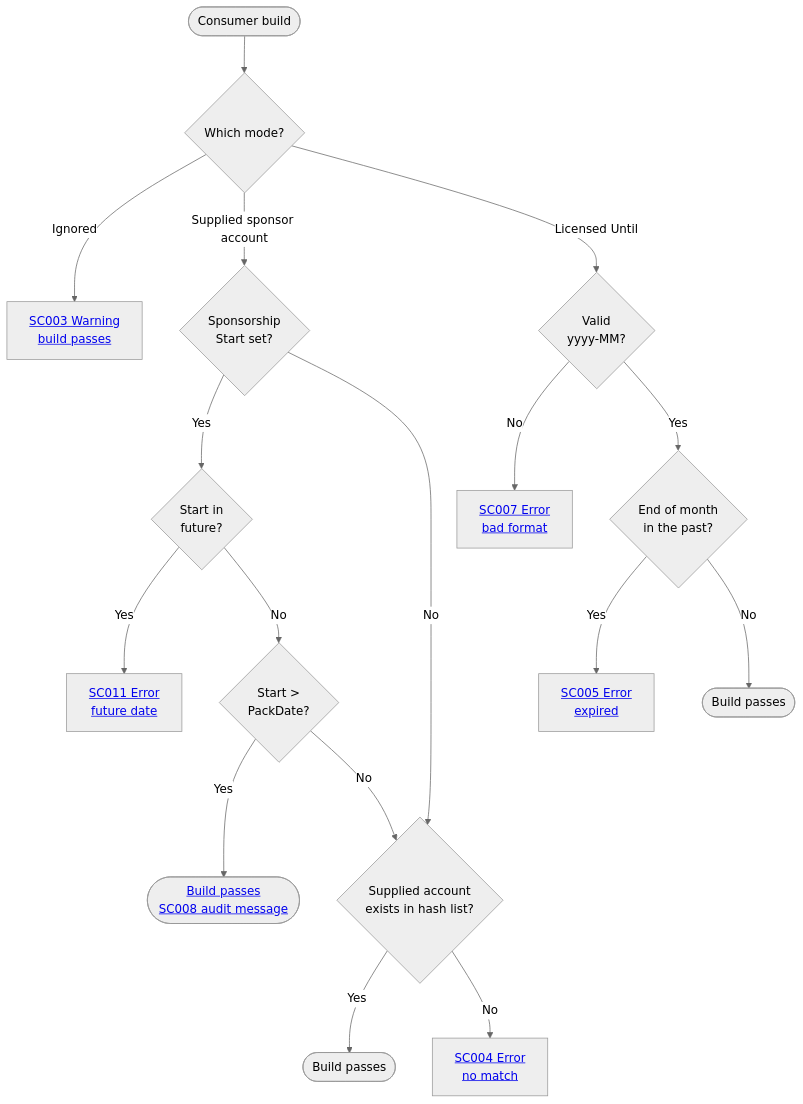
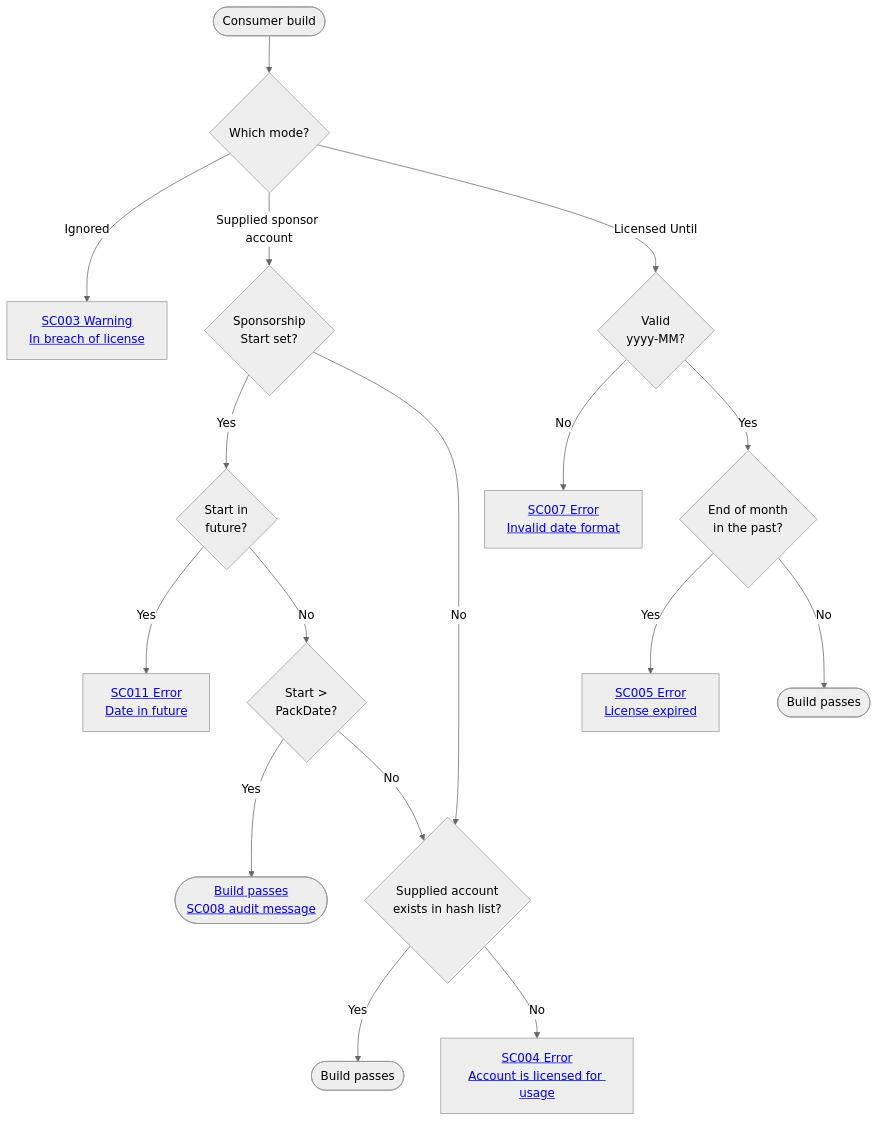
The diagram in readme.md (SimonCropp/SponsorCheck), drawn with Mermaid (neutral theme) before and after one commit. The commit also changed other lines of this file and 4 other files, not shown here.

````diff
--- a/readme.md
+++ b/readme.md
@@ -264,23 +264,23 @@
 ```mermaid
 flowchart TD
     Start([Consumer build]) --> Which{Which mode?}
 
-    Which -->|Ignored| SC003[<a href='https://github.com/SimonCropp/SponsorCheck/blob/main/docs/VerifierDiagnosticCodes.md#sc003'>SC003 Warning<br/>build passes</a>]
+    Which -->|Ignored| SC003[<a href='https://github.com/SimonCropp/SponsorCheck/blob/main/docs/VerifierDiagnosticCodes.md#sc003'>SC003 Warning<br/>In breach of license</a>]
 
     Which -->|Supplied sponsor account| HasStart{Sponsorship<br/>Start set?}
     HasStart -->|Yes| Future{Start in<br/>future?}
-    Future -->|Yes| SC011[<a href='https://github.com/SimonCropp/SponsorCheck/blob/main/docs/VerifierDiagnosticCodes.md#sc011'>SC011 Error<br/>future date</a>]
+    Future -->|Yes| SC011[<a href='https://github.com/SimonCropp/SponsorCheck/blob/main/docs/VerifierDiagnosticCodes.md#sc011'>SC011 Error<br/>Date in future</a>]
     Future -->|No| AfterPack{Start &gt;<br/>PackDate?}
     AfterPack -->|Yes| PassAttest([<a href='https://github.com/SimonCropp/SponsorCheck/blob/main/docs/VerifierDiagnosticCodes.md#sc008'>Build passes<br/>SC008 audit message</a>])
     AfterPack -->|No| Match
     HasStart -->|No| Match
     Match{Supplied account<br/>exists in hash list?}
     Match -->|Yes| PassSponsor([Build passes])
-    Match -->|No| SC004[<a href='https://github.com/SimonCropp/SponsorCheck/blob/main/docs/VerifierDiagnosticCodes.md#sc004'>SC004 Error<br/>no match</a>]
+    Match -->|No| SC004[<a href='https://github.com/SimonCropp/SponsorCheck/blob/main/docs/VerifierDiagnosticCodes.md#sc004'>SC004 Error<br/>Account is licensed for usage</a>]
 
     Which -->|Licensed Until| ParseYM{Valid<br/>yyyy-MM?}
-    ParseYM -->|No| SC007[<a href='https://github.com/SimonCropp/SponsorCheck/blob/main/docs/VerifierDiagnosticCodes.md#sc007'>SC007 Error<br/>bad format</a>]
+    ParseYM -->|No| SC007[<a href='https://github.com/SimonCropp/SponsorCheck/blob/main/docs/VerifierDiagnosticCodes.md#sc007'>SC007 Error<br/>Invalid date format</a>]
     ParseYM -->|Yes| Expired{End of month<br/>in the past?}
-    Expired -->|Yes| SC005[<a href='https://github.com/SimonCropp/SponsorCheck/blob/main/docs/VerifierDiagnosticCodes.md#sc005'>SC005 Error<br/>expired</a>]
+    Expired -->|Yes| SC005[<a href='https://github.com/SimonCropp/SponsorCheck/blob/main/docs/VerifierDiagnosticCodes.md#sc005'>SC005 Error<br/>License expired</a>]
     Expired -->|No| PassLicense([Build passes])
 ```
````
